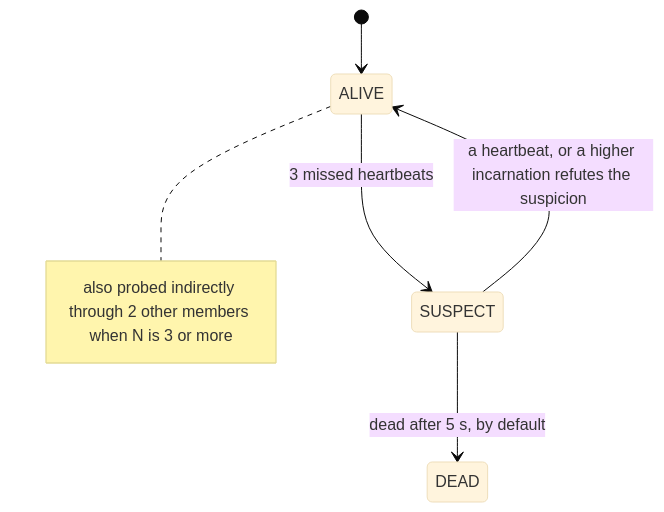
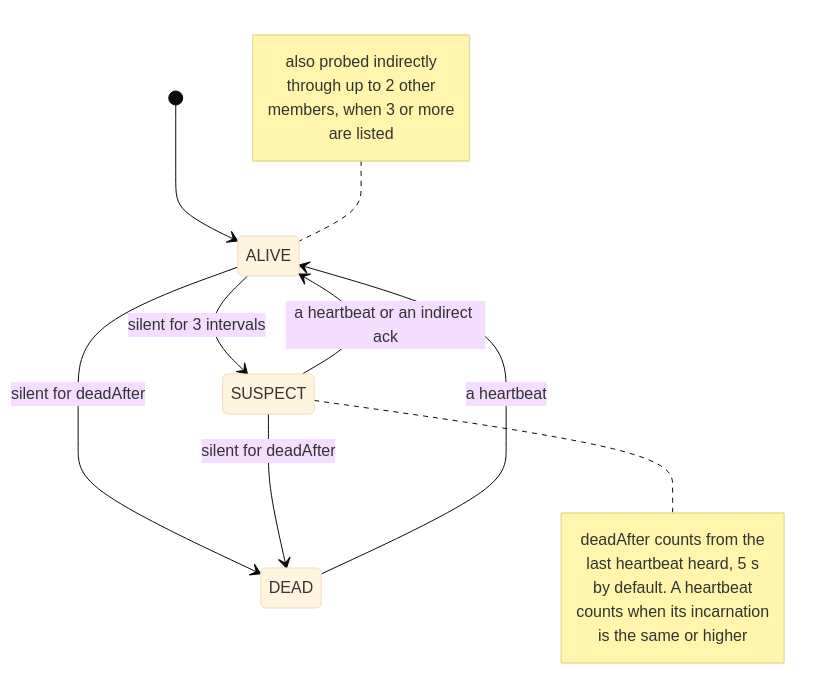
Before and after one commit to BlivionIaG/sjws_nettask: the fourth of 6 diagrams in docs/ha/design.md, drawn with Mermaid (base theme). The commit also changed other lines of this file and 3 other files, not shown here.

First line of the commit message:
docs: HA and control-plane diagrams separate built from designed

````diff
--- a/docs/ha/design.md
+++ b/docs/ha/design.md
@@ -222,8 +230,22 @@
   ```mermaid
   stateDiagram-v2
       [*] --> ALIVE
-      ALIVE --> SUSPECT: 3 missed heartbeats
-      SUSPECT --> ALIVE: a heartbeat, or a higher incarnation refutes the suspicion
-      SUSPECT --> DEAD: dead after 5 s, by default
-      note right of ALIVE: also probed indirectly through 2 other members when N is 3 or more
+      ALIVE --> SUSPECT: silent for 3 intervals
+      ALIVE --> DEAD: silent for deadAfter
+      SUSPECT --> DEAD: silent for deadAfter
+      SUSPECT --> ALIVE: a heartbeat or an indirect ack
+      DEAD --> ALIVE: a heartbeat
+      note right of SUSPECT
+          deadAfter counts from the
+          last heartbeat heard, 5 s
+          by default. A heartbeat
+          counts when its incarnation
+          is the same or higher
+      end note
+      note left of ALIVE
+          also probed indirectly
+          through up to 2 other
+          members, when 3 or more
+          are listed
+      end note
   ```
````
